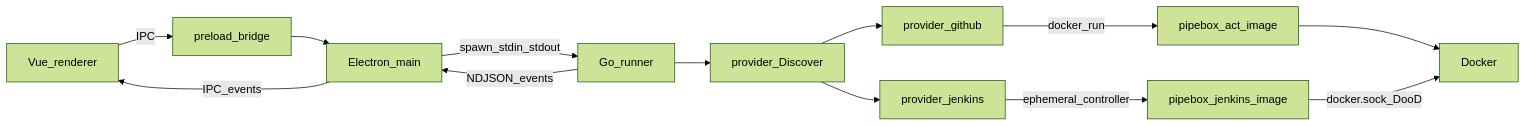
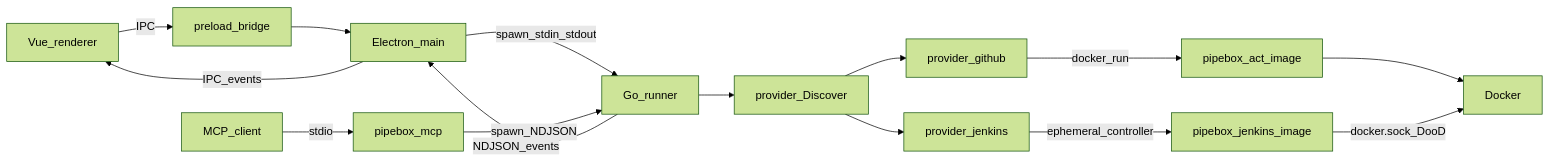
The diagram in AGENTS.md (MaxiGarcia13/pipebox), drawn with Mermaid (forest theme) before and after one commit. The commit also changed other lines of this file and 43 other files, not shown here.

````diff
--- a/AGENTS.md
+++ b/AGENTS.md
@@ -9,15 +9,17 @@
 ```mermaid
 flowchart LR
   Vue[Vue_renderer] -->|IPC| Preload[preload_bridge]
   Preload --> Main[Electron_main]
   Main -->|spawn_stdin_stdout| Runner[Go_runner]
+  Agent[MCP_client] -->|stdio| MCP[pipebox_mcp]
+  MCP -->|spawn_NDJSON| Runner
   Runner --> Discover[provider_Discover]
   Discover --> GH[provider_github]
   Discover --> JK[provider_jenkins]
   GH -->|docker_run| ActImage[pipebox_act_image]
   JK -->|ephemeral_controller| JenkinsImage[pipebox_jenkins_image]
   ActImage --> Docker[Docker]
   JenkinsImage -->|docker.sock_DooD| Docker
   Runner -->|NDJSON_events| Main
   Main -->|IPC_events| Vue
 ```
````
